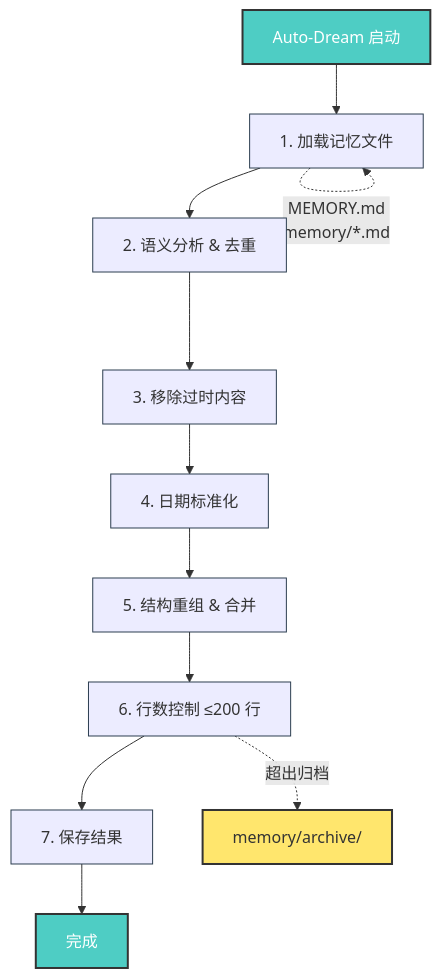
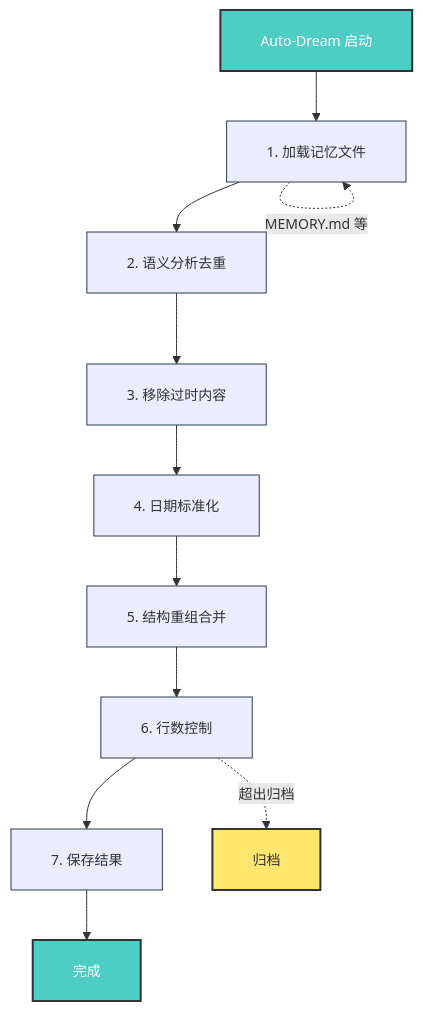
Before and after one commit to yufengyuanx/blog: the third of 11 diagrams in docs/research/claude-code-auto-dream.md, drawn with Mermaid. The commit also changed other lines of this file, not shown here.

Commit message:
fix: 优化所有 Mermaid 图表文字显示（减小字体 + 简化文字 + 自动换行）

````diff
--- a/docs/research/claude-code-auto-dream.md
+++ b/docs/research/claude-code-auto-dream.md
@@ -118,19 +118,19 @@
 ```mermaid
-%%{init: {'theme': 'default', 'themeVariables': { 'fontSize': '16px', 'nodeBorder': '#2c3e50', 'clusterBkg': '#f8f9fa' }}}%%
+%%{init: {'theme': 'default', 'themeVariables': { 'fontSize': '14px', 'nodeBorder': '#2c3e50', 'clusterBkg': '#f8f9fa', 'nodeTextMargin': 4 }, 'flowchart': { 'curve': 'basis', 'padding': 20 }}}%%
 graph TD
     Start[Auto-Dream 启动] --> Step1[1. 加载记忆文件]
-    Step1 --> Step2[2. 语义分析 & 去重]
+    Step1 --> Step2[2. 语义分析去重]
     Step2 --> Step3[3. 移除过时内容]
     Step3 --> Step4[4. 日期标准化]
-    Step4 --> Step5[5. 结构重组 & 合并]
-    Step5 --> Step6[6. 行数控制 ≤200 行]
+    Step4 --> Step5[5. 结构重组合并]
+    Step5 --> Step6[6. 行数控制]
     Step6 --> Step7[7. 保存结果]
     Step7 --> End[完成]
     
-    Step1 -.->|MEMORY.md\nmemory/*.md| Step1
-    Step6 -.->|超出归档 | Archive[memory/archive/]
+    Step1 -.->|MEMORY.md 等 | Step1
+    Step6 -.->|超出归档 | Archive[归档]
     
     style Start fill:#4ecdc4,color:#fff,stroke:#333,stroke-width:2px
     style End fill:#4ecdc4,color:#fff,stroke:#333,stroke-width:2px
     style Archive fill:#ffe66d,stroke:#333,stroke-width:2px
 ```
````
